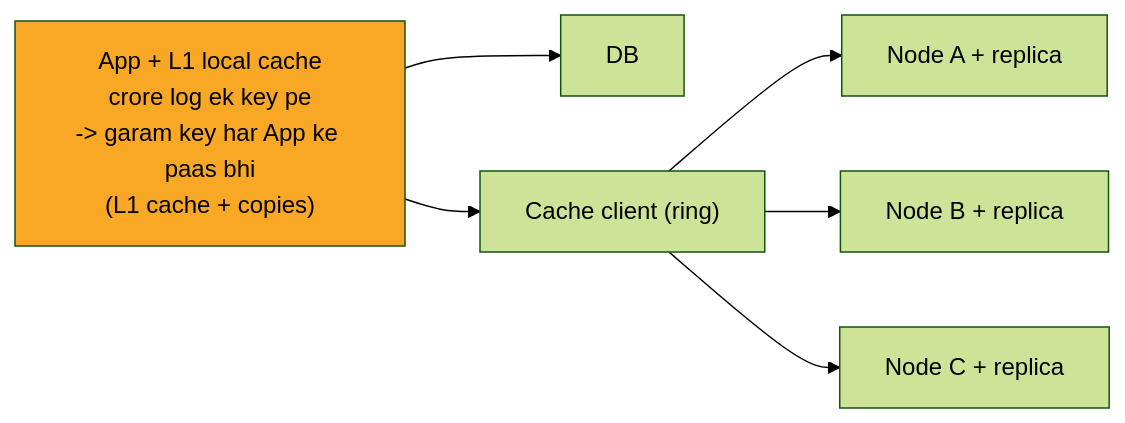
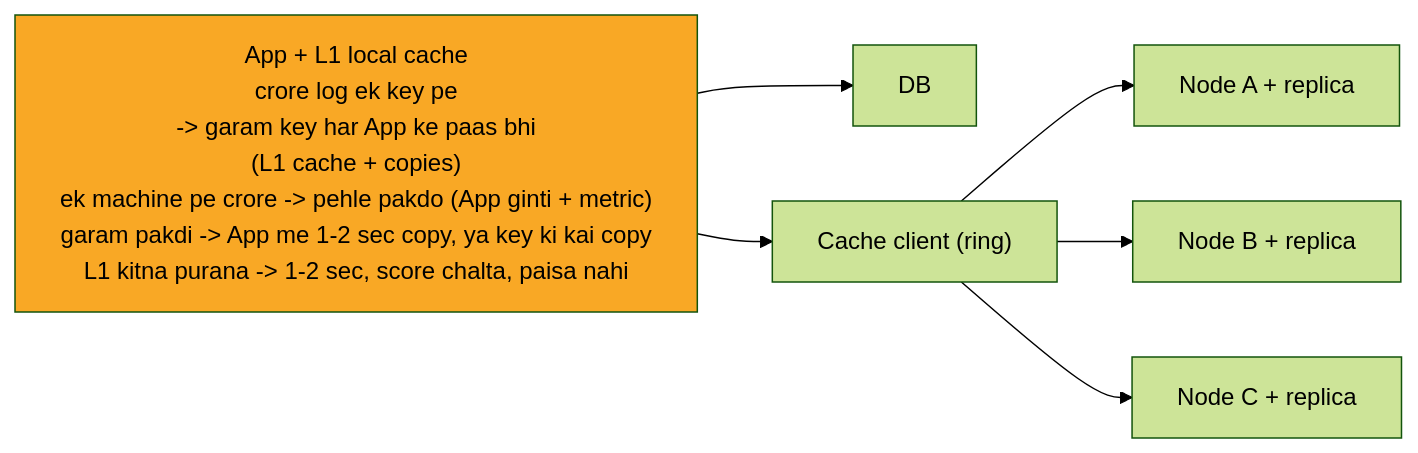
One commit to ArpanMaheshwari144/Prep changed the seventh of 8 diagrams in 04_HLD/SYSTEM_DESIGNS/10_distributed_cache/10_distributed_cache.md. Above: the diagram before and after it, drawn with Mermaid (forest theme). The commit also changed other lines of this file and 12 other files, not shown here.

Commit message:
hld 02-14: peele dabbe me SAFAR ke mod + diagram chauda (wrappingWidth 450)

````diff
--- a/04_HLD/SYSTEM_DESIGNS/10_distributed_cache/10_distributed_cache.md
+++ b/04_HLD/SYSTEM_DESIGNS/10_distributed_cache/10_distributed_cache.md
@@ -281,15 +287,16 @@
 ```mermaid
+%%{init: {"flowchart": {"wrappingWidth": 450}}}%%
 flowchart LR
-    n_App_L1_local_cache["App + L1 local cache<br/>crore log ek key pe<br/>-> garam key har App ke paas bhi<br/>(L1 cache + copies)"]
+    n_App_L1_local_cache["App + L1 local cache<br/>crore log ek key pe<br/>-> garam key har App ke paas bhi<br/>(L1 cache + copies)<br/>ek machine pe crore -> pehle pakdo (App ginti + metric)<br/>garam pakdi -> App me 1-2 sec copy, ya key ki kai copy<br/>L1 kitna purana -> 1-2 sec, score chalta, paisa nahi"]
     n_DB["DB"]
     n_Cache_client["Cache client (ring)"]
     n_Node_A_replica["Node A + replica"]
     n_Node_B_replica["Node B + replica"]
     n_Node_C_replica["Node C + replica"]
     n_App_L1_local_cache --> n_DB
     n_App_L1_local_cache --> n_Cache_client
     n_Cache_client --> n_Node_A_replica
     n_Cache_client --> n_Node_B_replica
     n_Cache_client --> n_Node_C_replica
     style n_App_L1_local_cache fill:#f9a825,color:#000
 ```
````
